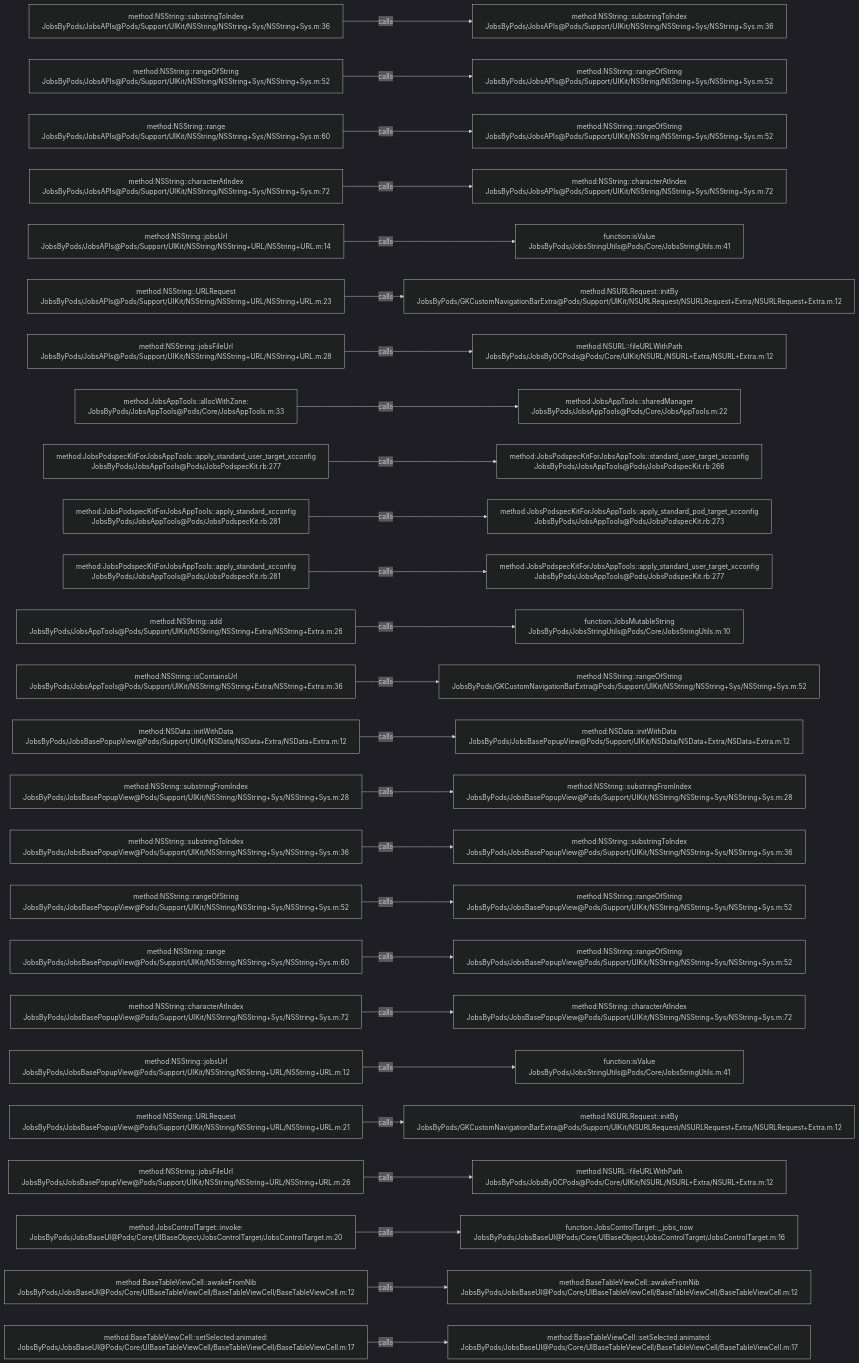
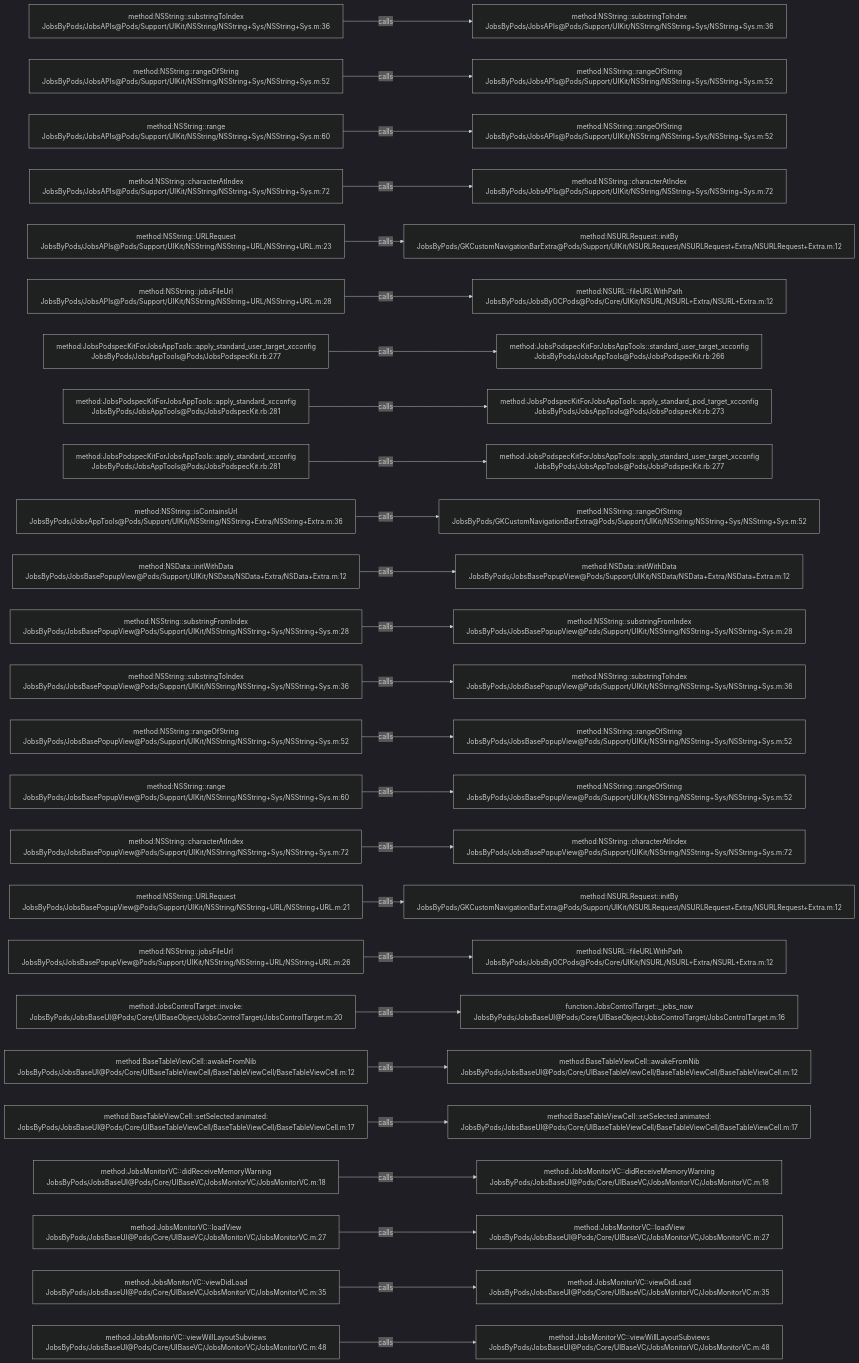
One commit to JobsKits/JobsOCBaseConfigDemo changed the diagram in .codegraph/codegraph.md/graphs/calls-002.md. Above: the diagram before and after it, drawn with Mermaid (dark theme). The commit also changed 1353 other files, not shown here.

````diff
--- a/.codegraph/codegraph.md/graphs/calls-002.md
+++ b/.codegraph/codegraph.md/graphs/calls-002.md
@@ -13,78 +13,78 @@
 ```mermaid
 flowchart LR
   S1["method:NSString::substringToIndex<br/>JobsByPods/JobsAPIs@Pods/Support/UIKit/NSString/NSString+Sys/NSString+Sys.m:36"]
   T1["method:NSString::substringToIndex<br/>JobsByPods/JobsAPIs@Pods/Support/UIKit/NSString/NSString+Sys/NSString+Sys.m:36"]
   S1 -->|calls| T1
   S2["method:NSString::rangeOfString<br/>JobsByPods/JobsAPIs@Pods/Support/UIKit/NSString/NSString+Sys/NSString+Sys.m:52"]
   T2["method:NSString::rangeOfString<br/>JobsByPods/JobsAPIs@Pods/Support/UIKit/NSString/NSString+Sys/NSString+Sys.m:52"]
   S2 -->|calls| T2
   S3["method:NSString::range<br/>JobsByPods/JobsAPIs@Pods/Support/UIKit/NSString/NSString+Sys/NSString+Sys.m:60"]
   T3["method:NSString::rangeOfString<br/>JobsByPods/JobsAPIs@Pods/Support/UIKit/NSString/NSString+Sys/NSString+Sys.m:52"]
   S3 -->|calls| T3
   S4["method:NSString::characterAtIndex<br/>JobsByPods/JobsAPIs@Pods/Support/UIKit/NSString/NSString+Sys/NSString+Sys.m:72"]
   T4["method:NSString::characterAtIndex<br/>JobsByPods/JobsAPIs@Pods/Support/UIKit/NSString/NSString+Sys/NSString+Sys.m:72"]
   S4 -->|calls| T4
-  S5["method:NSString::jobsUrl<br/>JobsByPods/JobsAPIs@Pods/Support/UIKit/NSString/NSString+URL/NSString+URL.m:14"]
-  T5["function:isValue<br/>JobsByPods/JobsStringUtils@Pods/Core/JobsStringUtils.m:41"]
+  S5["method:NSString::URLRequest<br/>JobsByPods/JobsAPIs@Pods/Support/UIKit/NSString/NSString+URL/NSString+URL.m:23"]
+  T5["method:NSURLRequest::initBy<br/>JobsByPods/GKCustomNavigationBarExtra@Pods/Support/UIKit/NSURLRequest/NSURLRequest+Extra/NSURLRequest+Extra.m:12"]
   S5 -->|calls| T5
-  S6["method:NSString::URLRequest<br/>JobsByPods/JobsAPIs@Pods/Support/UIKit/NSString/NSString+URL/NSString+URL.m:23"]
-  T6["method:NSURLRequest::initBy<br/>JobsByPods/GKCustomNavigationBarExtra@Pods/Support/UIKit/NSURLRequest/NSURLRequest+Extra/NSURLRequest+Extra.m:12"]
+  S6["method:NSString::jobsFileUrl<br/>JobsByPods/JobsAPIs@Pods/Support/UIKit/NSString/NSString+URL/NSString+URL.m:28"]
+  T6["method:NSURL::fileURLWithPath<br/>JobsByPods/JobsByOCPods@Pods/Core/UIKit/NSURL/NSURL+Extra/NSURL+Extra.m:12"]
   S6 -->|calls| T6
-  S7["method:NSString::jobsFileUrl<br/>JobsByPods/JobsAPIs@Pods/Support/UIKit/NSString/NSString+URL/NSString+URL.m:28"]
-  T7["method:NSURL::fileURLWithPath<br/>JobsByPods/JobsByOCPods@Pods/Core/UIKit/NSURL/NSURL+Extra/NSURL+Extra.m:12"]
+  S7["method:JobsPodspecKitForJobsAppTools::apply_standard_user_target_xcconfig<br/>JobsByPods/JobsAppTools@Pods/JobsPodspecKit.rb:277"]
+  T7["method:JobsPodspecKitForJobsAppTools::standard_user_target_xcconfig<br/>JobsByPods/JobsAppTools@Pods/JobsPodspecKit.rb:266"]
   S7 -->|calls| T7
-  S8["method:JobsAppTools::allocWithZone:<br/>JobsByPods/JobsAppTools@Pods/Core/JobsAppTools.m:33"]
-  T8["method:JobsAppTools::sharedManager<br/>JobsByPods/JobsAppTools@Pods/Core/JobsAppTools.m:22"]
+  S8["method:JobsPodspecKitForJobsAppTools::apply_standard_xcconfig<br/>JobsByPods/JobsAppTools@Pods/JobsPodspecKit.rb:281"]
+  T8["method:JobsPodspecKitForJobsAppTools::apply_standard_pod_target_xcconfig<br/>JobsByPods/JobsAppTools@Pods/JobsPodspecKit.rb:273"]
   S8 -->|calls| T8
-  S9["method:JobsPodspecKitForJobsAppTools::apply_standard_user_target_xcconfig<br/>JobsByPods/JobsAppTools@Pods/JobsPodspecKit.rb:277"]
-  T9["method:JobsPodspecKitForJobsAppTools::standard_user_target_xcconfig<br/>JobsByPods/JobsAppTools@Pods/JobsPodspecKit.rb:266"]
+  S9["method:JobsPodspecKitForJobsAppTools::apply_standard_xcconfig<br/>JobsByPods/JobsAppTools@Pods/JobsPodspecKit.rb:281"]
+  T9["method:JobsPodspecKitForJobsAppTools::apply_standard_user_target_xcconfig<br/>JobsByPods/JobsAppTools@Pods/JobsPodspecKit.rb:277"]
   S9 -->|calls| T9
-  S10["method:JobsPodspecKitForJobsAppTools::apply_standard_xcconfig<br/>JobsByPods/JobsAppTools@Pods/JobsPodspecKit.rb:281"]
-  T10["method:JobsPodspecKitForJobsAppTools::apply_standard_pod_target_xcconfig<br/>JobsByPods/JobsAppTools@Pods/JobsPodspecKit.rb:273"]
+  S10["method:NSString::isContainsUrl<br/>JobsByPods/JobsAppTools@Pods/Support/UIKit/NSString/NSString+Extra/NSString+Extra.m:36"]
+  T10["method:NSString::rangeOfString<br/>JobsByPods/GKCustomNavigationBarExtra@Pods/Support/UIKit/NSString/NSString+Sys/NSString+Sys.m:52"]
   S10 -->|calls| T10
-  S11["method:JobsPodspecKitForJobsAppTools::apply_standard_xcconfig<br/>JobsByPods/JobsAppTools@Pods/JobsPodspecKit.rb:281"]
-  T11["method:JobsPodspecKitForJobsAppTools::apply_standard_user_target_xcconfig<br/>JobsByPods/JobsAppTools@Pods/JobsPodspecKit.rb:277"]
+  S11["method:NSData::initWithData<br/>JobsByPods/JobsBasePopupView@Pods/Support/UIKit/NSData/NSData+Extra/NSData+Extra.m:12"]
+  T11["method:NSData::initWithData<br/>JobsByPods/JobsBasePopupView@Pods/Support/UIKit/NSData/NSData+Extra/NSData+Extra.m:12"]
   S11 -->|calls| T11
-  S12["method:NSString::add<br/>JobsByPods/JobsAppTools@Pods/Support/UIKit/NSString/NSString+Extra/NSString+Extra.m:26"]
-  T12["function:JobsMutableString<br/>JobsByPods/JobsStringUtils@Pods/Core/JobsStringUtils.m:10"]
+  S12["method:NSString::substringFromIndex<br/>JobsByPods/JobsBasePopupView@Pods/Support/UIKit/NSString/NSString+Sys/NSString+Sys.m:28"]
+  T12["method:NSString::substringFromIndex<br/>JobsByPods/JobsBasePopupView@Pods/Support/UIKit/NSString/NSString+Sys/NSString+Sys.m:28"]
   S12 -->|calls| T12
-  S13["method:NSString::isContainsUrl<br/>JobsByPods/JobsAppTools@Pods/Support/UIKit/NSString/NSString+Extra/NSString+Extra.m:36"]
-  T13["method:NSString::rangeOfString<br/>JobsByPods/GKCustomNavigationBarExtra@Pods/Support/UIKit/NSString/NSString+Sys/NSString+Sys.m:52"]
+  S13["method:NSString::substringToIndex<br/>JobsByPods/JobsBasePopupView@Pods/Support/UIKit/NSString/NSString+Sys/NSString+Sys.m:36"]
+  T13["method:NSString::substringToIndex<br/>JobsByPods/JobsBasePopupView@Pods/Support/UIKit/NSString/NSString+Sys/NSString+Sys.m:36"]
   S13 -->|calls| T13
-  S14["method:NSData::initWithData<br/>JobsByPods/JobsBasePopupView@Pods/Support/UIKit/NSData/NSData+Extra/NSData+Extra.m:12"]
-  T14["method:NSData::initWithData<br/>JobsByPods/JobsBasePopupView@Pods/Support/UIKit/NSData/NSData+Extra/NSData+Extra.m:12"]
+  S14["method:NSString::rangeOfString<br/>JobsByPods/JobsBasePopupView@Pods/Support/UIKit/NSString/NSString+Sys/NSString+Sys.m:52"]
+  T14["method:NSString::rangeOfString<br/>JobsByPods/JobsBasePopupView@Pods/Support/UIKit/NSString/NSString+Sys/NSString+Sys.m:52"]
   S14 -->|calls| T14
-  S15["method:NSString::substringFromIndex<br/>JobsByPods/JobsBasePopupView@Pods/Support/UIKit/NSString/NSString+Sys/NSString+Sys.m:28"]
-  T15["method:NSString::substringFromIndex<br/>JobsByPods/JobsBasePopupView@Pods/Support/UIKit/NSString/NSString+Sys/NSString+Sys.m:28"]
+  S15["method:NSString::range<br/>JobsByPods/JobsBasePopupView@Pods/Support/UIKit/NSString/NSString+Sys/NSString+Sys.m:60"]
+  T15["method:NSString::rangeOfString<br/>JobsByPods/JobsBasePopupView@Pods/Support/UIKit/NSString/NSString+Sys/NSString+Sys.m:52"]
   S15 -->|calls| T15
-  S16["method:NSString::substringToIndex<br/>JobsByPods/JobsBasePopupView@Pods/Support/UIKit/NSString/NSString+Sys/NSString+Sys.m:36"]
-  T16["method:NSString::substringToIndex<br/>JobsByPods/JobsBasePopupView@Pods/Support/UIKit/NSString/NSString+Sys/NSString+Sys.m:36"]
+  S16["method:NSString::characterAtIndex<br/>JobsByPods/JobsBasePopupView@Pods/Support/UIKit/NSString/NSString+Sys/NSString+Sys.m:72"]
+  T16["method:NSString::characterAtIndex<br/>JobsByPods/JobsBasePopupView@Pods/Support/UIKit/NSString/NSString+Sys/NSString+Sys.m:72"]
   S16 -->|calls| T16
-  S17["method:NSString::rangeOfString<br/>JobsByPods/JobsBasePopupView@Pods/Support/UIKit/NSString/NSString+Sys/NSString+Sys.m:52"]
-  T17["method:NSString::rangeOfString<br/>JobsByPods/JobsBasePopupView@Pods/Support/UIKit/NSString/NSString+Sys/NSString+Sys.m:52"]
+  S17["method:NSString::URLRequest<br/>JobsByPods/JobsBasePopupView@Pods/Support/UIKit/NSString/NSString+URL/NSString+URL.m:21"]
+  T17["method:NSURLRequest::initBy<br/>JobsByPods/GKCustomNavigationBarExtra@Pods/Support/UIKit/NSURLRequest/NSURLRequest+Extra/NSURLRequest+Extra.m:12"]
   S17 -->|calls| T17
-  S18["method:NSString::range<br/>JobsByPods/JobsBasePopupView@Pods/Support/UIKit/NSString/NSString+Sys/NSString+Sys.m:60"]
-  T18["method:NSString::rangeOfString<br/>JobsByPods/JobsBasePopupView@Pods/Support/UIKit/NSString/NSString+Sys/NSString+Sys.m:52"]
+  S18["method:NSString::jobsFileUrl<br/>JobsByPods/JobsBasePopupView@Pods/Support/UIKit/NSString/NSString+URL/NSString+URL.m:26"]
+  T18["method:NSURL::fileURLWithPath<br/>JobsByPods/JobsByOCPods@Pods/Core/UIKit/NSURL/NSURL+Extra/NSURL+Extra.m:12"]
   S18 -->|calls| T18
-  S19["method:NSString::characterAtIndex<br/>JobsByPods/JobsBasePopupView@Pods/Support/UIKit/NSString/NSString+Sys/NSString+Sys.m:72"]
-  T19["method:NSString::characterAtIndex<br/>JobsByPods/JobsBasePopupView@Pods/Support/UIKit/NSString/NSString+Sys/NSString+Sys.m:72"]
+  S19["method:JobsControlTarget::invoke:<br/>JobsByPods/JobsBaseUI@Pods/Core/UIBaseObject/JobsControlTarget/JobsControlTarget.m:20"]
+  T19["function:JobsControlTarget::_jobs_now<br/>JobsByPods/JobsBaseUI@Pods/Core/UIBaseObject/JobsControlTarget/JobsControlTarget.m:16"]
   S19 -->|calls| T19
-  S20["method:NSString::jobsUrl<br/>JobsByPods/JobsBasePopupView@Pods/Support/UIKit/NSString/NSString+URL/NSString+URL.m:12"]
-  T20["function:isValue<br/>JobsByPods/JobsStringUtils@Pods/Core/JobsStringUtils.m:41"]
+  S20["method:BaseTableViewCell::awakeFromNib<br/>JobsByPods/JobsBaseUI@Pods/Core/UIBaseTableViewCell/BaseTableViewCell/BaseTableViewCell.m:12"]
+  T20["method:BaseTableViewCell::awakeFromNib<br/>JobsByPods/JobsBaseUI@Pods/Core/UIBaseTableViewCell/BaseTableViewCell/BaseTableViewCell.m:12"]
   S20 -->|calls| T20
-  S21["method:NSString::URLRequest<br/>JobsByPods/JobsBasePopupView@Pods/Support/UIKit/NSString/NSString+URL/NSString+URL.m:21"]
-  T21["method:NSURLRequest::initBy<br/>JobsByPods/GKCustomNavigationBarExtra@Pods/Support/UIKit/NSURLRequest/NSURLRequest+Extra/NSURLRequest+Extra.m:12"]
+  S21["method:BaseTableViewCell::setSelected:animated:<br/>JobsByPods/JobsBaseUI@Pods/Core/UIBaseTableViewCell/BaseTableViewCell/BaseTableViewCell.m:17"]
+  T21["method:BaseTableViewCell::setSelected:animated:<br/>JobsByPods/JobsBaseUI@Pods/Core/UIBaseTableViewCell/BaseTableViewCell/BaseTableViewCell.m:17"]
   S21 -->|calls| T21
-  S22["method:NSString::jobsFileUrl<br/>JobsByPods/JobsBasePopupView@Pods/Support/UIKit/NSString/NSString+URL/NSString+URL.m:26"]
-  T22["method:NSURL::fileURLWithPath<br/>JobsByPods/JobsByOCPods@Pods/Core/UIKit/NSURL/NSURL+Extra/NSURL+Extra.m:12"]
+  S22["method:JobsMonitorVC::didReceiveMemoryWarning<br/>JobsByPods/JobsBaseUI@Pods/Core/UIBaseVC/JobsMonitorVC/JobsMonitorVC.m:18"]
+  T22["method:JobsMonitorVC::didReceiveMemoryWarning<br/>JobsByPods/JobsBaseUI@Pods/Core/UIBaseVC/JobsMonitorVC/JobsMonitorVC.m:18"]
   S22 -->|calls| T22
-  S23["method:JobsControlTarget::invoke:<br/>JobsByPods/JobsBaseUI@Pods/Core/UIBaseObject/JobsControlTarget/JobsControlTarget.m:20"]
-  T23["function:JobsControlTarget::_jobs_now<br/>JobsByPods/JobsBaseUI@Pods/Core/UIBaseObject/JobsControlTarget/JobsControlTarget.m:16"]
+  S23["method:JobsMonitorVC::loadView<br/>JobsByPods/JobsBaseUI@Pods/Core/UIBaseVC/JobsMonitorVC/JobsMonitorVC.m:27"]
+  T23["method:JobsMonitorVC::loadView<br/>JobsByPods/JobsBaseUI@Pods/Core/UIBaseVC/JobsMonitorVC/JobsMonitorVC.m:27"]
   S23 -->|calls| T23
-  S24["method:BaseTableViewCell::awakeFromNib<br/>JobsByPods/JobsBaseUI@Pods/Core/UIBaseTableViewCell/BaseTableViewCell/BaseTableViewCell.m:12"]
-  T24["method:BaseTableViewCell::awakeFromNib<br/>JobsByPods/JobsBaseUI@Pods/Core/UIBaseTableViewCell/BaseTableViewCell/BaseTableViewCell.m:12"]
+  S24["method:JobsMonitorVC::viewDidLoad<br/>JobsByPods/JobsBaseUI@Pods/Core/UIBaseVC/JobsMonitorVC/JobsMonitorVC.m:35"]
+  T24["method:JobsMonitorVC::viewDidLoad<br/>JobsByPods/JobsBaseUI@Pods/Core/UIBaseVC/JobsMonitorVC/JobsMonitorVC.m:35"]
   S24 -->|calls| T24
-  S25["method:BaseTableViewCell::setSelected:animated:<br/>JobsByPods/JobsBaseUI@Pods/Core/UIBaseTableViewCell/BaseTableViewCell/BaseTableViewCell.m:17"]
-  T25["method:BaseTableViewCell::setSelected:animated:<br/>JobsByPods/JobsBaseUI@Pods/Core/UIBaseTableViewCell/BaseTableViewCell/BaseTableViewCell.m:17"]
+  S25["method:JobsMonitorVC::viewWillLayoutSubviews<br/>JobsByPods/JobsBaseUI@Pods/Core/UIBaseVC/JobsMonitorVC/JobsMonitorVC.m:48"]
+  T25["method:JobsMonitorVC::viewWillLayoutSubviews<br/>JobsByPods/JobsBaseUI@Pods/Core/UIBaseVC/JobsMonitorVC/JobsMonitorVC.m:48"]
   S25 -->|calls| T25
 ```
````
